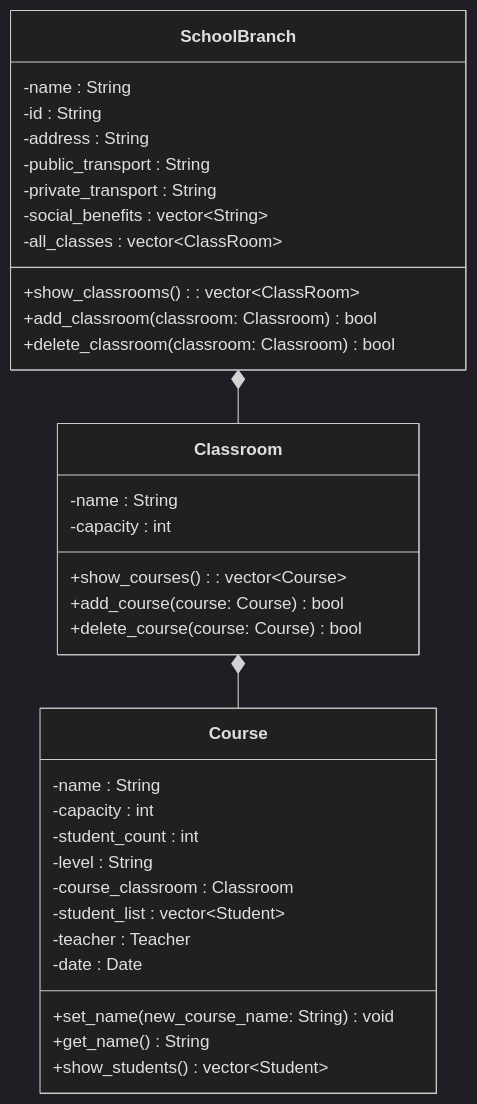
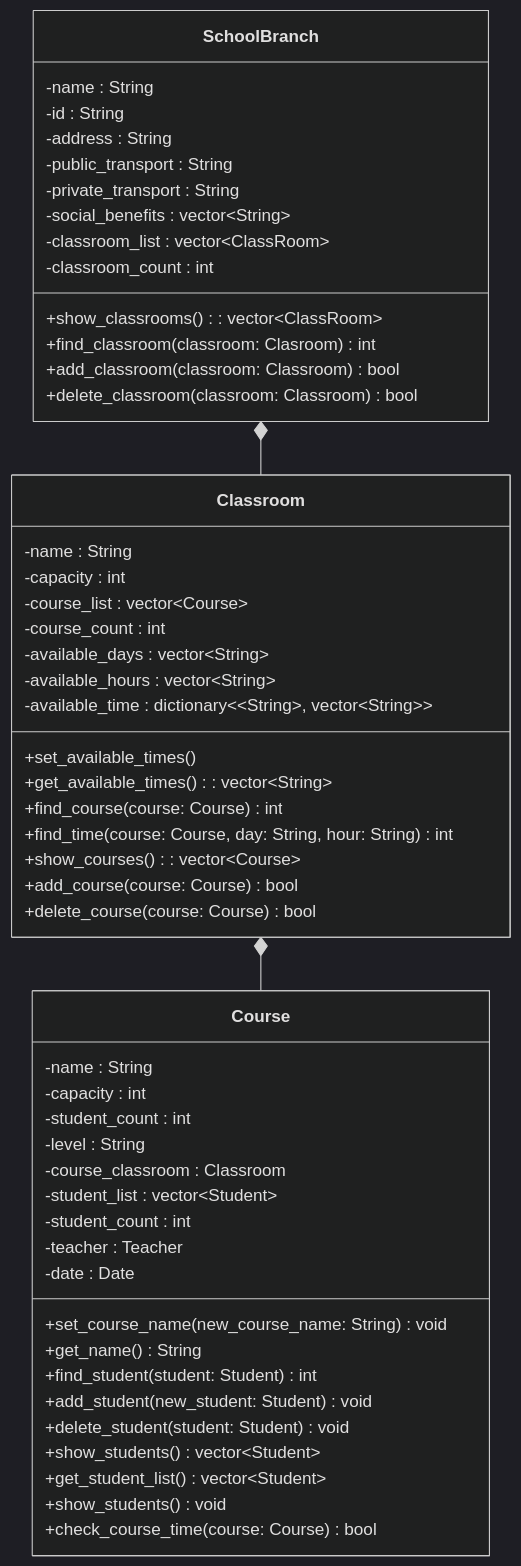
One commit to ondergormez/BLM3722_Software_Engineering changed the eighth of 9 diagrams in Project/UML_Diag.md. Above: the diagram before and after it, drawn with Mermaid (dark theme). The commit also changed other lines of this file and 2 other files, not shown here.

````diff
--- a/Project/UML_Diag.md
+++ b/Project/UML_Diag.md
@@ -156,39 +161,57 @@
 ```mermaid
 classDiagram
     SchoolBranch *-- Classroom 
     Classroom *-- Course
     class SchoolBranch{
         -name : String
         -id : String
         -address : String
         -public_transport : String
         -private_transport : String
         -social_benefits : vector~String~ 
-        -all_classes : vector~ClassRoom~ 
+        -classroom_list : vector~ClassRoom~ 
+        -classroom_count : int
         +show_classrooms() : vector~ClassRoom~
+        +find_classroom(classroom: Clasroom) int
         +add_classroom(classroom: Classroom) bool
         +delete_classroom(classroom: Classroom) bool
     }
 
     class Classroom{
         -name : String
         -capacity : int
+        -course_list : vector~Course~
+        -course_count : int
+        -available_days : vector~String~
+        -available_hours : vector~String~
+        -available_time : dictionary<~String~, vector~String~>
+        +set_available_times()
+        +get_available_times() : vector~String~
+        +find_course(course: Course) int
+        +find_time(course: Course, day: String, hour: String) int
         +show_courses() : vector~Course~
         +add_course(course: Course) bool
         +delete_course(course: Course) bool       
     }
 
     class Course{
         -name : String
         -capacity : int
         -student_count : int
         -level : String
         -course_classroom : Classroom
         -student_list : vector~Student~
+        -student_count : int
         -teacher : Teacher
         -date : Date
-        +set_name(new_course_name: String) void
+        +set_course_name(new_course_name: String) void
         +get_name() String
+        +find_student(student: Student) int
+        +add_student(new_student: Student) void
+        +delete_student(student: Student) void
         +show_students()  vector~Student~
+        +get_student_list() vector~Student~
+        +show_students() void
+        +check_course_time( course: Course) bool
     }
 ```
````
